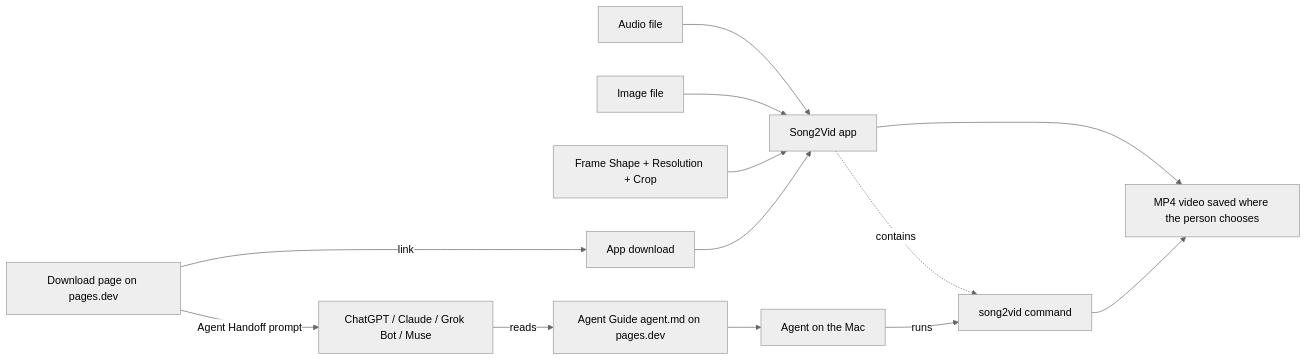
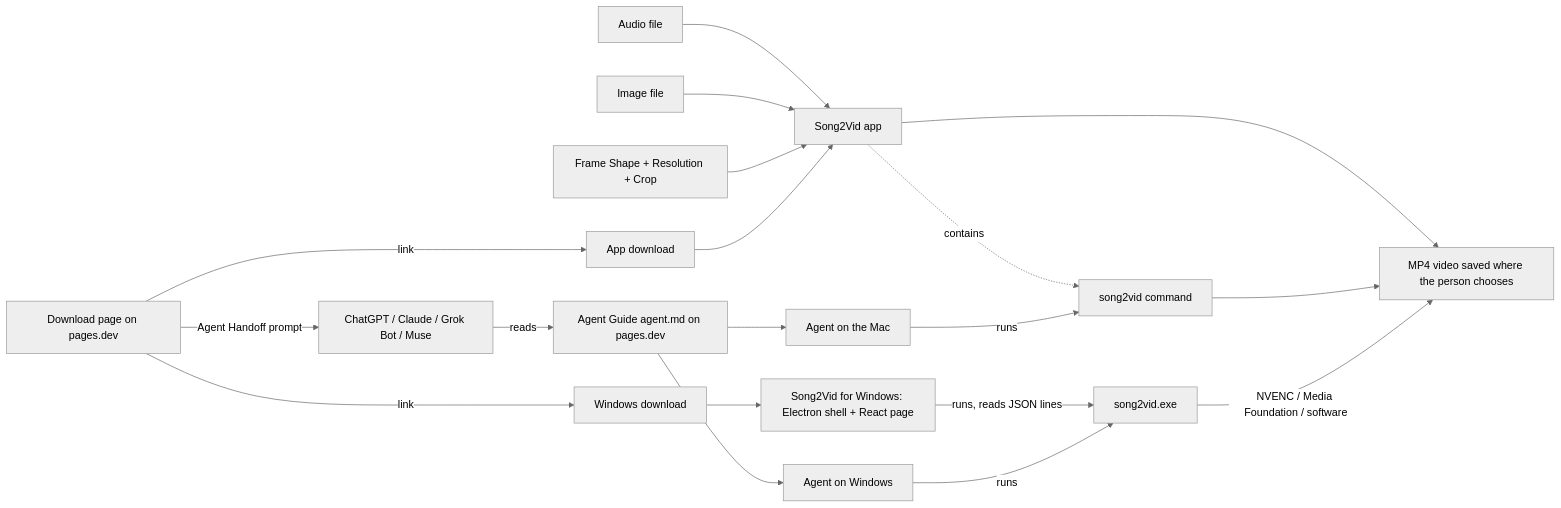
One commit to devin-thomas/song2vid-app changed the diagram in PROJECT.md. Above: the diagram before and after it, drawn with Mermaid (neutral theme). The commit also changed other lines of this file and 17 other files, not shown here.

First line of the commit message:
Plan Song2Vid for Windows and HEVC (SPEC Part 4, ADR-022 to ADR-029, S2V-022 to S2V-034)

````diff
--- a/PROJECT.md
+++ b/PROJECT.md
@@ -79,15 +108,21 @@
 ```mermaid
 flowchart LR
   A[Audio file] --> APP[Song2Vid app]
   I[Image file] --> APP
   O[Frame Shape + Resolution + Crop] --> APP
   APP --> V[MP4 video saved where the person chooses]
   PAGE[Download page on pages.dev] -->|link| DL[App download]
   DL --> APP
   APP -. contains .-> CLI[song2vid command]
   AG[Agent on the Mac] -->|runs| CLI
   CLI --> V
   GUIDE[Agent Guide agent.md on pages.dev] --> AG
+  PAGE -->|link| WDL[Windows download]
+  WDL --> WAPP[Song2Vid for Windows: Electron shell + React page]
+  WAPP -->|runs, reads JSON lines| WCLI[song2vid.exe]
+  WAG[Agent on Windows] -->|runs| WCLI
+  WCLI -->|NVENC / Media Foundation / software| V
+  GUIDE --> WAG
   PAGE -->|Agent Handoff prompt| CHAT[ChatGPT / Claude / Grok Bot / Muse]
   CHAT -->|reads| GUIDE
 ```
````
